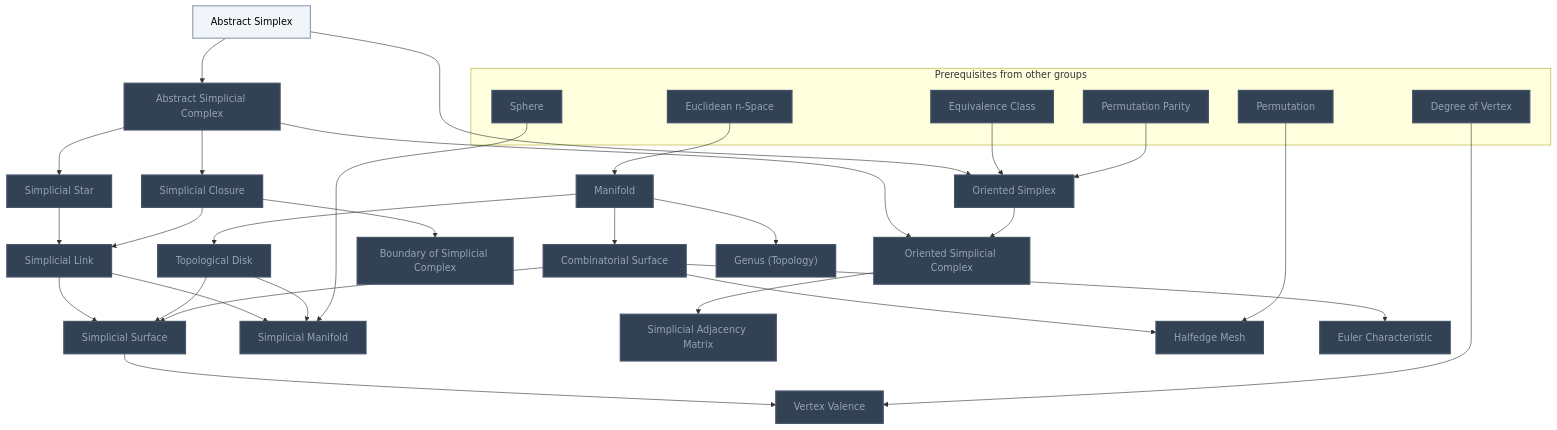
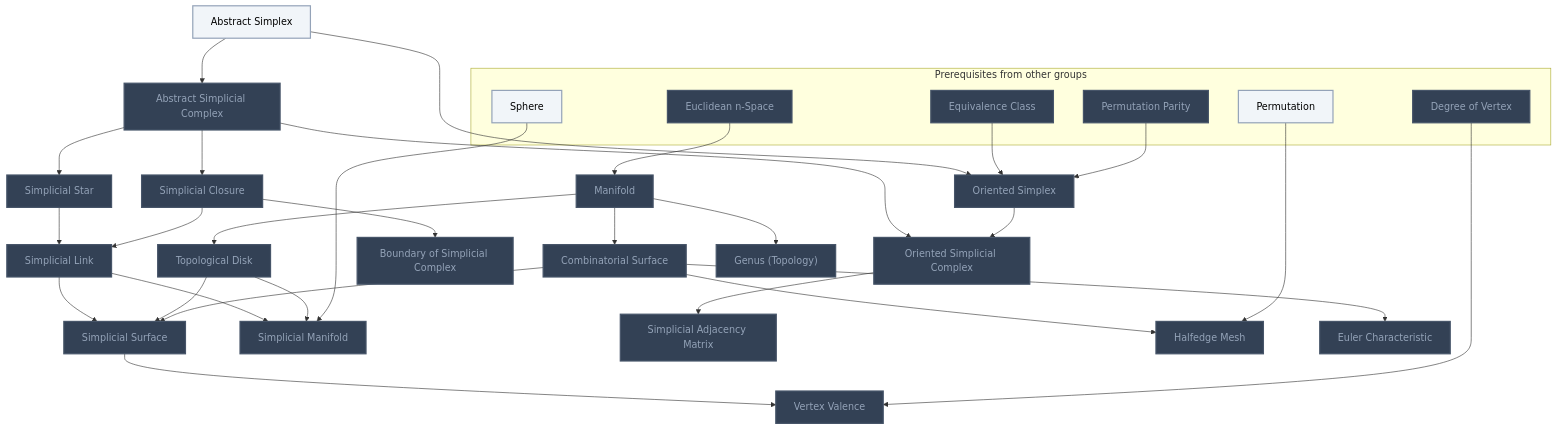
Before and after one commit to MRauf1/My-Notes: the fourth of 21 diagrams in Gamification/Skill Trees/Differential Geometry.md, drawn with Mermaid. The commit also changed other lines of this file and 156 other files, not shown here.

````diff
--- a/Gamification/Skill Trees/Differential Geometry.md
+++ b/Gamification/Skill Trees/Differential Geometry.md
@@ -420,68 +425,68 @@
 ```mermaid
 flowchart TD
     classDef planned fill:#1E293B,stroke:#64748B,stroke-width:2px,stroke-dasharray:5 5,color:#94A3B8;
     classDef locked fill:#334155,stroke:#475569,stroke-width:2px,color:#94A3B8;
     classDef L0 fill:#F1F5F9,stroke:#94A3B8,stroke-width:2px,color:#000000;
     classDef L1 fill:#22C55E,stroke:#15803D,stroke-width:2px,color:#000000;
     classDef L2 fill:#3B82F6,stroke:#1D4ED8,stroke-width:3px,color:#FFFFFF;
     classDef L3 fill:#A855F7,stroke:#6B21A8,stroke-width:3px,color:#FFFFFF,font-weight:bold;
     classDef L4 fill:#F97316,stroke:#C2410C,stroke-width:4px,color:#000000,font-weight:bold;
     classDef L5 fill:#FFD700,stroke:#FF8C00,stroke-width:5px,color:#000000,font-weight:bold;
     classDef rusty stroke:#8B4513,stroke-width:4px,stroke-dasharray:3 3;
     subgraph sg_prereqs["Prerequisites from other groups"]
         n_euclidean_n_space["Euclidean n-Space"]
         n_equivalence_class["Equivalence Class"]
         n_permutation_parity["Permutation Parity"]
         n_sphere["Sphere"]
         n_permutation["Permutation"]
         n_degree_of_vertex["Degree of Vertex"]
     end
     n_manifold["Manifold"]
     n_topological_disk["Topological Disk"]
     n_combinatorial_surface["Combinatorial Surface"]
     n_abstract_simplex["Abstract Simplex"]
     n_abstract_simplicial_complex["Abstract Simplicial Complex"]
     n_simplicial_star["Simplicial Star"]
     n_simplicial_closure["Simplicial Closure"]
     n_simplicial_link["Simplicial Link"]
     n_boundary_of_simplicial_complex["Boundary of Simplicial Complex"]
     n_oriented_simplex["Oriented Simplex"]
     n_oriented_simplicial_complex["Oriented Simplicial Complex"]
     n_simplicial_surface["Simplicial Surface"]
     n_simplicial_manifold["Simplicial Manifold"]
     n_simplicial_adjacency_matrix["Simplicial Adjacency Matrix"]
     n_halfedge_mesh["Halfedge Mesh"]
     n_genus_topology["Genus (Topology)"]
     n_euler_characteristic["Euler Characteristic"]
     n_vertex_valence["Vertex Valence"]
     n_euclidean_n_space --> n_manifold
     n_manifold --> n_topological_disk
     n_manifold --> n_combinatorial_surface
     n_abstract_simplex --> n_abstract_simplicial_complex
     n_abstract_simplicial_complex --> n_simplicial_star
     n_abstract_simplicial_complex --> n_simplicial_closure
     n_simplicial_star --> n_simplicial_link
     n_simplicial_closure --> n_simplicial_link
     n_simplicial_closure --> n_boundary_of_simplicial_complex
     n_abstract_simplex --> n_oriented_simplex
     n_equivalence_class --> n_oriented_simplex
     n_permutation_parity --> n_oriented_simplex
     n_abstract_simplicial_complex --> n_oriented_simplicial_complex
     n_oriented_simplex --> n_oriented_simplicial_complex
     n_simplicial_link --> n_simplicial_surface
     n_topological_disk --> n_simplicial_surface
     n_combinatorial_surface --> n_simplicial_surface
     n_simplicial_link --> n_simplicial_manifold
     n_topological_disk --> n_simplicial_manifold
     n_sphere --> n_simplicial_manifold
     n_oriented_simplicial_complex --> n_simplicial_adjacency_matrix
     n_combinatorial_surface --> n_halfedge_mesh
     n_permutation --> n_halfedge_mesh
     n_manifold --> n_genus_topology
     n_combinatorial_surface --> n_euler_characteristic
     n_simplicial_surface --> n_vertex_valence
     n_degree_of_vertex --> n_vertex_valence
-    class n_euclidean_n_space,n_equivalence_class,n_permutation_parity,n_sphere,n_permutation,n_degree_of_vertex,n_manifold,n_topological_disk,n_combinatorial_surface,n_abstract_simplicial_complex,n_simplicial_star,n_simplicial_closure,n_simplicial_link,n_boundary_of_simplicial_complex,n_oriented_simplex,n_oriented_simplicial_complex,n_simplicial_surface,n_simplicial_manifold,n_simplicial_adjacency_matrix,n_halfedge_mesh,n_genus_topology,n_euler_characteristic,n_vertex_valence locked;
-    class n_abstract_simplex L0;
+    class n_euclidean_n_space,n_equivalence_class,n_permutation_parity,n_degree_of_vertex,n_manifold,n_topological_disk,n_combinatorial_surface,n_abstract_simplicial_complex,n_simplicial_star,n_simplicial_closure,n_simplicial_link,n_boundary_of_simplicial_complex,n_oriented_simplex,n_oriented_simplicial_complex,n_simplicial_surface,n_simplicial_manifold,n_simplicial_adjacency_matrix,n_halfedge_mesh,n_genus_topology,n_euler_characteristic,n_vertex_valence locked;
+    class n_sphere,n_permutation,n_abstract_simplex L0;
     class n_euclidean_n_space,n_equivalence_class,n_permutation_parity,n_sphere,n_permutation,n_degree_of_vertex,n_manifold,n_topological_disk,n_combinatorial_surface,n_abstract_simplex,n_abstract_simplicial_complex,n_simplicial_star,n_simplicial_closure,n_simplicial_link,n_boundary_of_simplicial_complex,n_oriented_simplex,n_oriented_simplicial_complex,n_simplicial_surface,n_simplicial_manifold,n_simplicial_adjacency_matrix,n_halfedge_mesh,n_genus_topology,n_euler_characteristic,n_vertex_valence internal-link;
 ```
````
